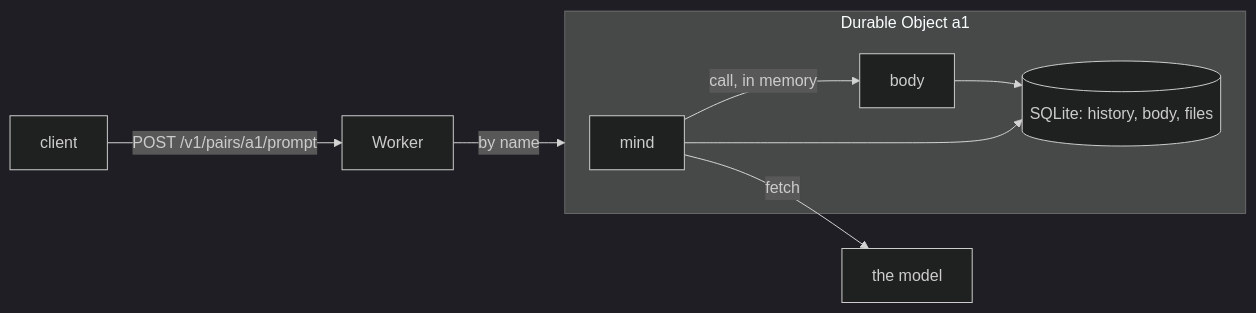
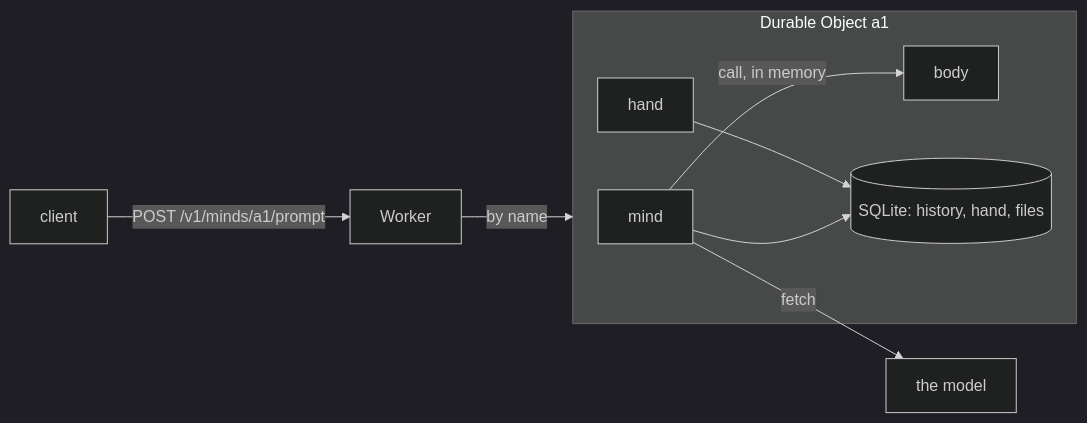
The diagram in docs/cloudflare.md (Savid/mensor), drawn with Mermaid (dark theme) before and after one commit. The commit also changed other lines of this file and 64 other files, not shown here.

First line of the commit message:
Rename body to hand, and the API's pairs to minds

````diff
--- a/docs/cloudflare.md
+++ b/docs/cloudflare.md
@@ -8,11 +8,11 @@
 ```mermaid
 flowchart LR
-  client["client"] -- "POST /v1/pairs/a1/prompt" --> worker["Worker"]
+  client["client"] -- "POST /v1/minds/a1/prompt" --> worker["Worker"]
   worker -- "by name" --> object
   subgraph object["Durable Object a1"]
     mind["mind"] -- "call, in memory" --> body["body"]
-    body --> db[("SQLite: history, body, files")]
+    hand --> db[("SQLite: history, hand, files")]
     mind --> db
   end
   mind -- "fetch" --> model["the model"]
 ```
````
